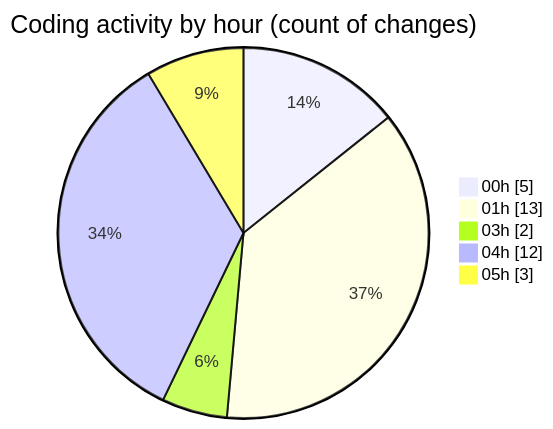
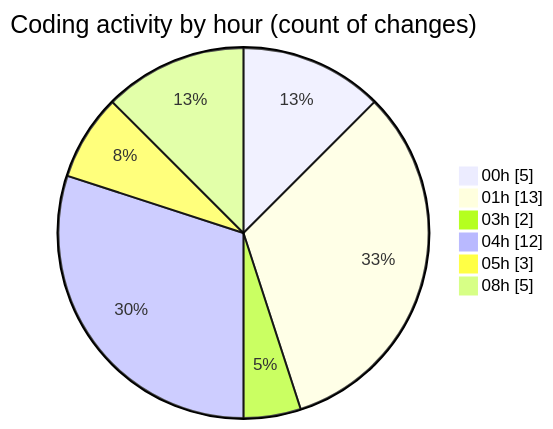
One commit to jadenblack/code-tracking changed the second of 2 diagrams in 2026-02-27/shadcn-admin-kit-main__workspace_/README.md. Above: the diagram before and after it, drawn with Mermaid. The commit also changed other lines of this file and 1 other file, not shown here.

````diff
--- a/2026-02-27/shadcn-admin-kit-main__workspace_/README.md
+++ b/2026-02-27/shadcn-admin-kit-main__workspace_/README.md
@@ -42,9 +42,10 @@
 ```mermaid
 pie showData
 title Coding activity by hour (count of changes)
 "00h" : 5
 "01h" : 13
 "03h" : 2
 "04h" : 12
 "05h" : 3
+"08h" : 5
 ```
````
